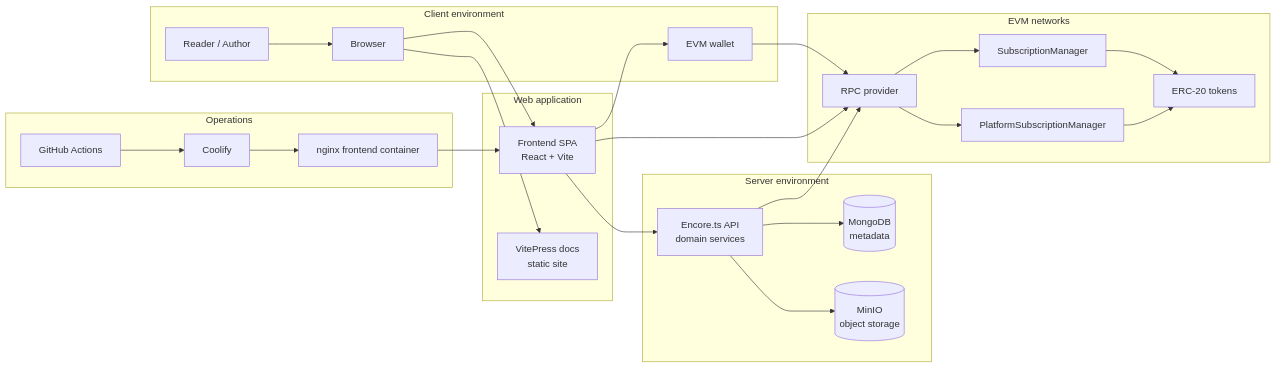
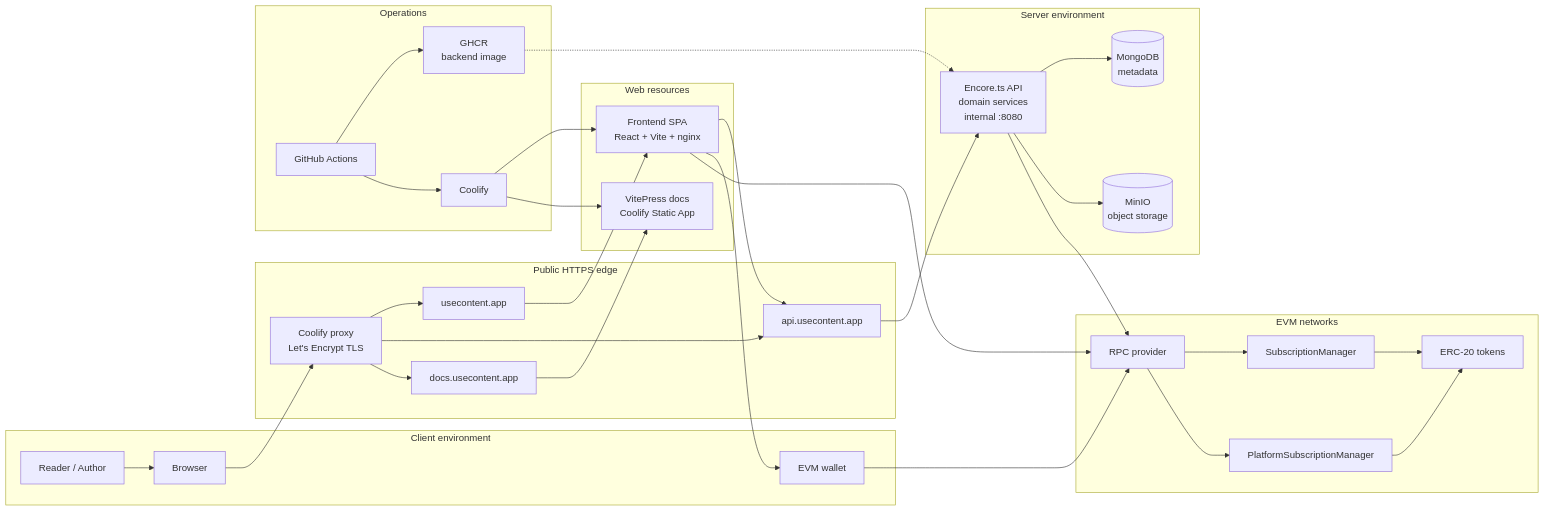
The diagram in documentation/architecture/index.md (akhmetovKamil/useContent), drawn with Mermaid before and after one commit. The commit also changed other lines of this file and 4 other files, not shown here.

````diff
--- a/documentation/architecture/index.md
+++ b/documentation/architecture/index.md
@@ -5,50 +5,61 @@
 ```mermaid
 flowchart LR
     subgraph Client["Client environment"]
         Reader["Reader / Author"]
         Browser["Browser"]
         Wallet["EVM wallet"]
     end
 
-    subgraph Web["Web application"]
-        Frontend["Frontend SPA<br/>React + Vite"]
-        Docs["VitePress docs<br/>static site"]
+    subgraph Edge["Public HTTPS edge"]
+        Proxy["Coolify proxy<br/>Let's Encrypt TLS"]
+        AppDomain["usecontent.app"]
+        ApiDomain["api.usecontent.app"]
+        DocsDomain["docs.usecontent.app"]
+    end
+
+    subgraph Web["Web resources"]
+        Frontend["Frontend SPA<br/>React + Vite + nginx"]
+        Docs["VitePress docs<br/>Coolify Static App"]
     end
 
     subgraph Backend["Server environment"]
-        API["Encore.ts API<br/>domain services"]
+        API["Encore.ts API<br/>domain services<br/>internal :8080"]
         Mongo[("MongoDB<br/>metadata")]
         MinIO[("MinIO<br/>object storage")]
     end
 
     subgraph Chain["EVM networks"]
         RPC["RPC provider"]
         ReaderManager["SubscriptionManager"]
         PlatformManager["PlatformSubscriptionManager"]
         ERC20["ERC-20 tokens"]
     end
 
     subgraph Ops["Operations"]
         GitHub["GitHub Actions"]
         Coolify["Coolify"]
-        Nginx["nginx frontend container"]
+        GHCR["GHCR<br/>backend image"]
     end
 
     Reader --> Browser
-    Browser --> Frontend
-    Browser --> Docs
-    Frontend --> API
+    Browser --> Proxy
+    Proxy --> AppDomain --> Frontend
+    Proxy --> ApiDomain --> API
+    Proxy --> DocsDomain --> Docs
+    Frontend --> ApiDomain
     Frontend --> Wallet
     Wallet --> RPC
     Frontend --> RPC
     API --> Mongo
     API --> MinIO
     API --> RPC
     RPC --> ReaderManager
     RPC --> PlatformManager
     ReaderManager --> ERC20
     PlatformManager --> ERC20
+    GitHub --> GHCR
     GitHub --> Coolify
-    Coolify --> Nginx
-    Nginx --> Frontend
+    Coolify --> Frontend
+    Coolify --> Docs
+    GHCR -.-> API
 ```
````
